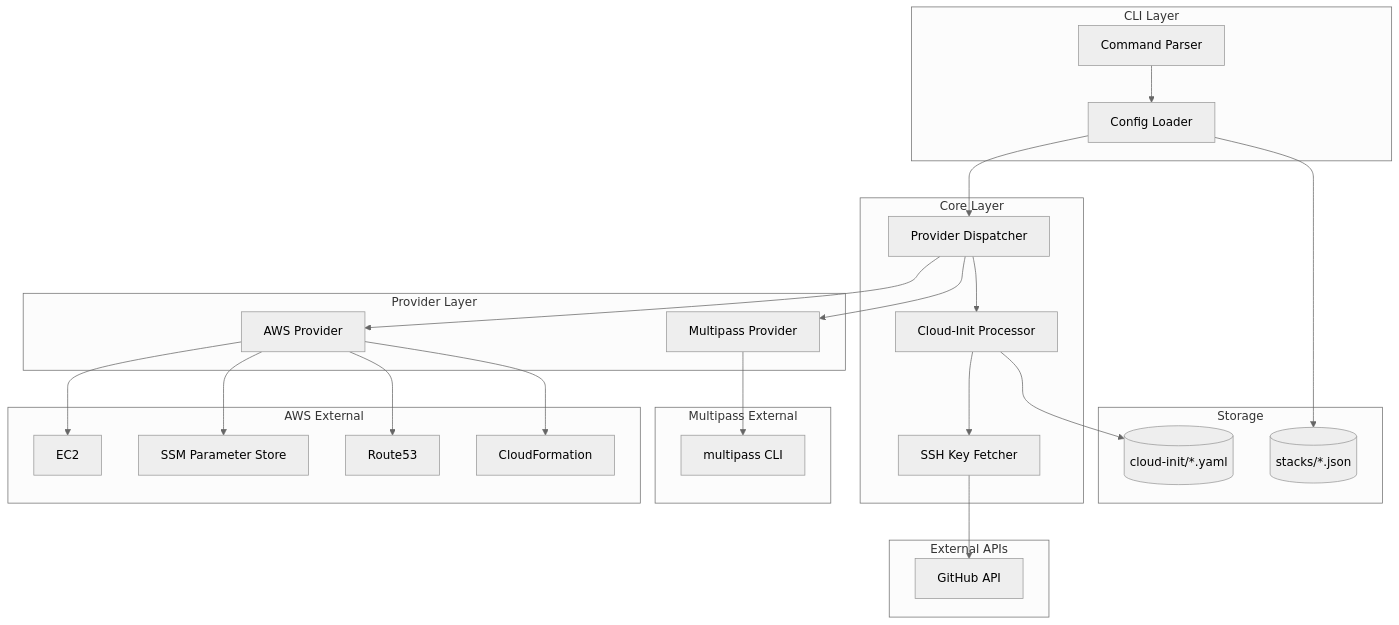
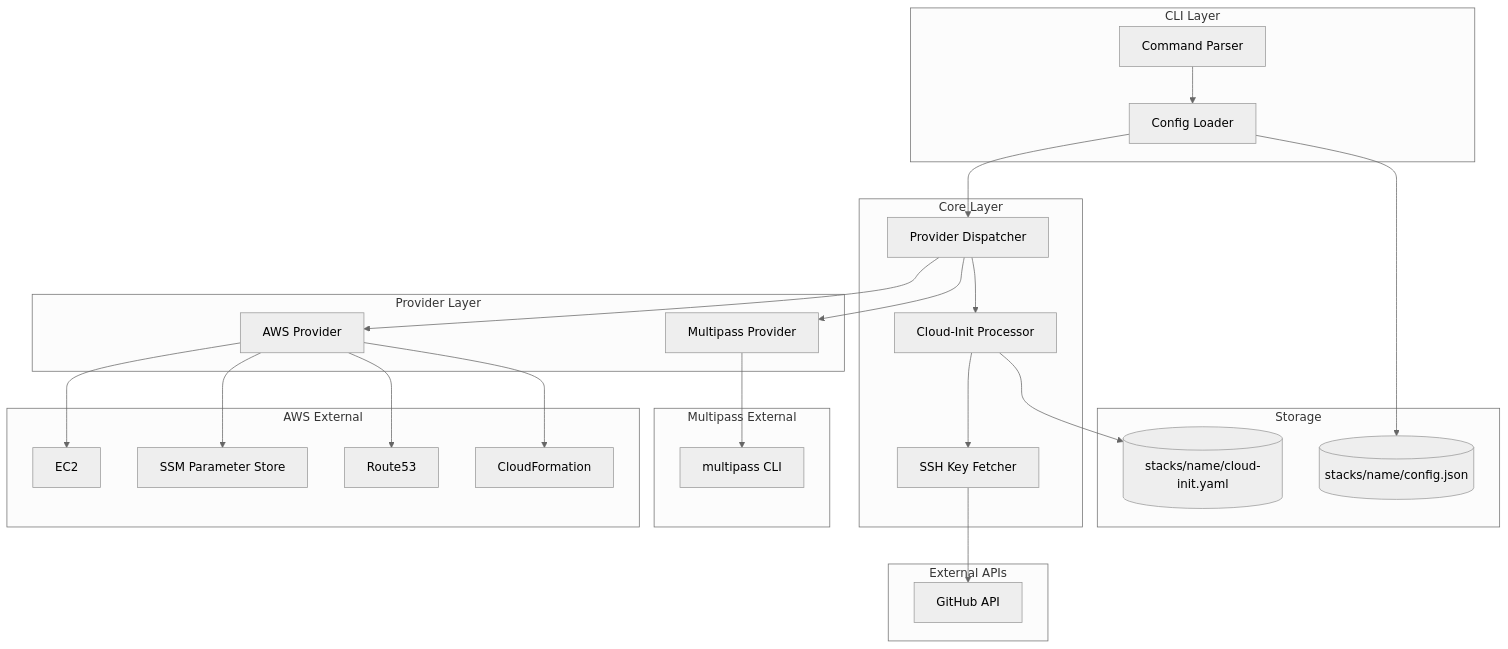
Before and after one commit to emergingrobotics/goloo: the first of 11 diagrams in docs/DESIGN.md, drawn with Mermaid (neutral theme). The commit also changed other lines of this file and 24 other files, not shown here.

````diff
--- a/docs/DESIGN.md
+++ b/docs/DESIGN.md
@@ -40,56 +40,56 @@
 ```mermaid
 flowchart TB
     subgraph CLI["CLI Layer"]
         CMD[Command Parser]
         CFG[Config Loader]
     end
 
     subgraph Core["Core Layer"]
         DISP[Provider Dispatcher]
         CINIT[Cloud-Init Processor]
         SSH[SSH Key Fetcher]
     end
 
     subgraph Providers["Provider Layer"]
         MP[Multipass Provider]
         AWS[AWS Provider]
     end
 
     subgraph MultipassExt["Multipass External"]
         MPBIN[multipass CLI]
     end
 
     subgraph AWSExt["AWS External"]
         CFN[CloudFormation]
         R53[Route53]
         SSM[SSM Parameter Store]
         EC2[EC2]
     end
 
     subgraph Storage["Storage"]
-        STACKS[(stacks/*.json)]
-        CLOUDINIT[(cloud-init/*.yaml)]
+        STACKS[(stacks/name/config.json)]
+        CLOUDINIT[(stacks/name/cloud-init.yaml)]
     end
 
     subgraph External["External APIs"]
         GH[GitHub API]
     end
 
     CMD --> CFG
     CFG --> STACKS
     CFG --> DISP
     DISP --> CINIT
     CINIT --> CLOUDINIT
     CINIT --> SSH
     SSH --> GH
 
     DISP --> MP
     DISP --> AWS
 
     MP --> MPBIN
 
     AWS --> CFN
     AWS --> R53
     AWS --> SSM
     AWS --> EC2
 ```
````
